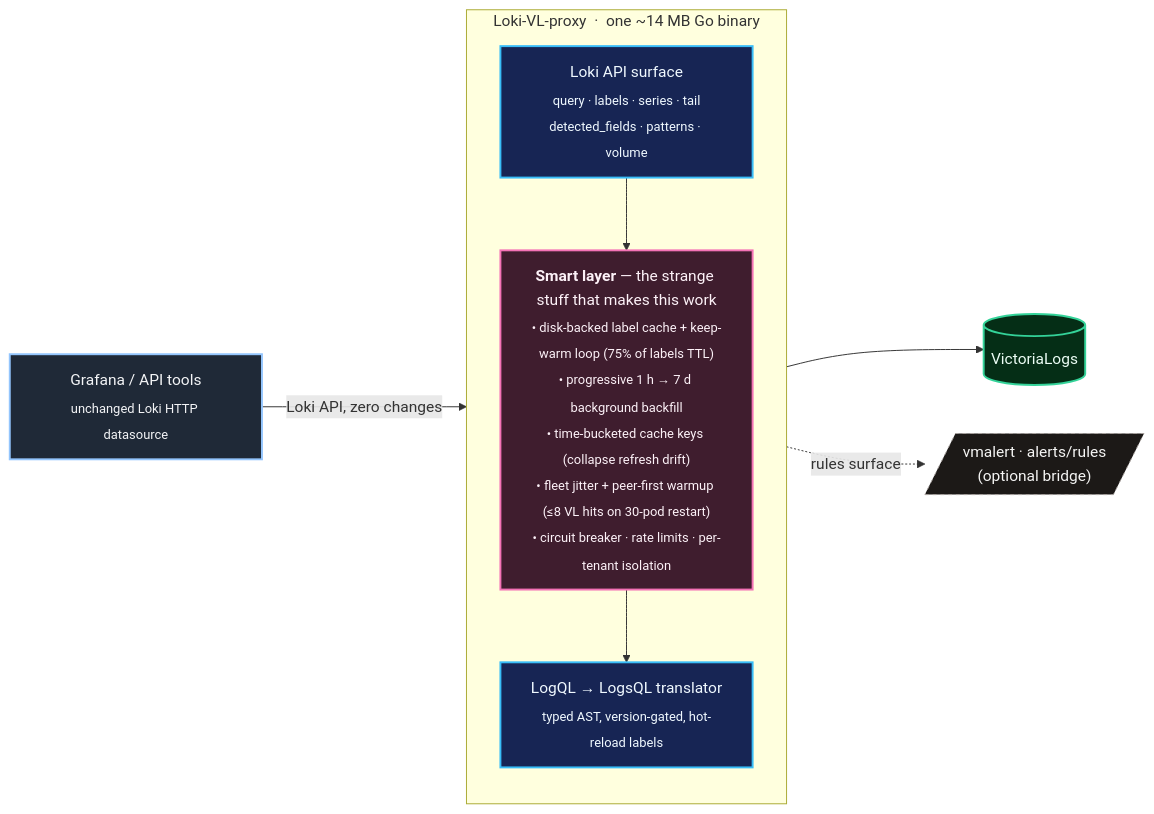
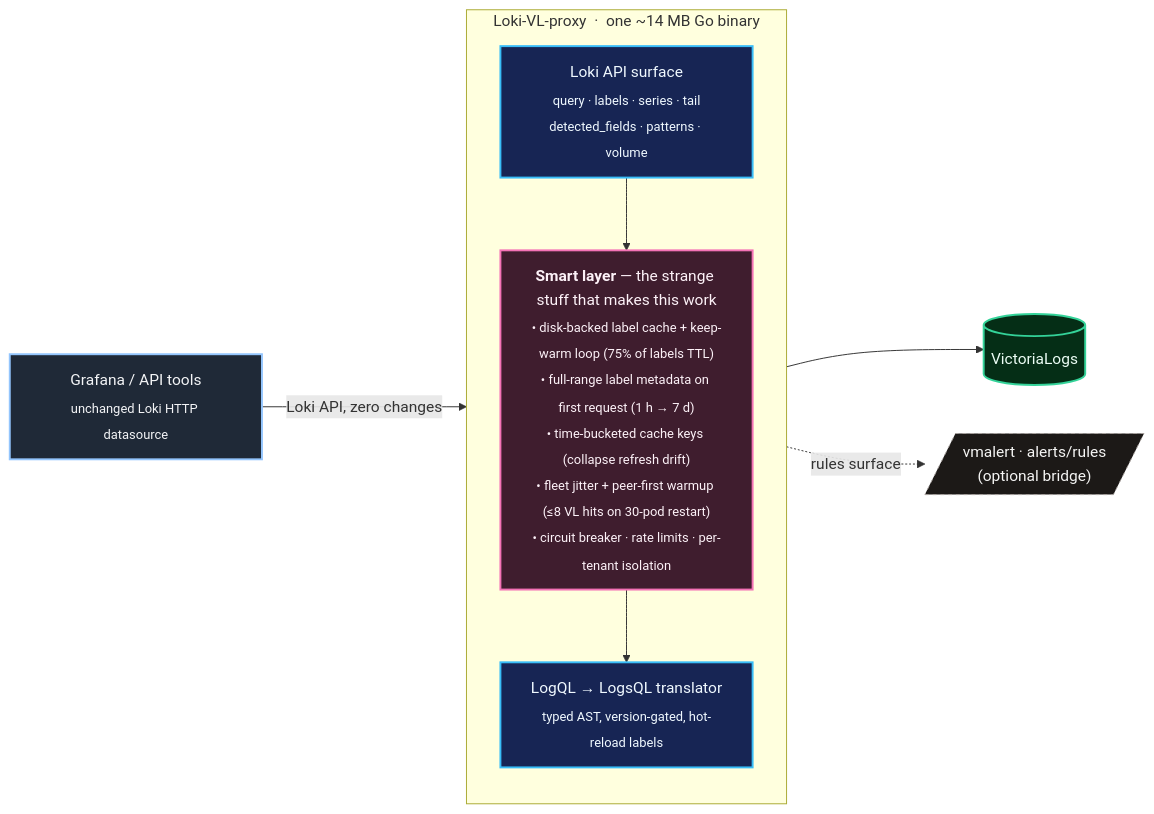
One commit to ReliablyObserve/loki-vl-proxy changed the diagram in README.md. Above: the diagram before and after it, drawn with Mermaid. The commit also changed other lines of this file and 30 other files, not shown here.

Commit message:
fix: return label names and values for the full requested range (#542)

````diff
--- a/README.md
+++ b/README.md
@@ -274,30 +274,30 @@
 ```mermaid
 flowchart LR
     G["Grafana / API tools<br/><sub>unchanged Loki HTTP datasource</sub>"]
 
     subgraph Proxy["Loki-VL-proxy &nbsp;·&nbsp; one ~14 MB Go binary"]
         direction TB
         API["Loki API surface<br/><sub>query · labels · series · tail<br/>detected_fields · patterns · volume</sub>"]
-        SMART["<b>Smart layer</b> — the strange stuff that makes this work<br/><sub>• disk-backed label cache + keep-warm loop (75% of labels TTL)<br/>• progressive 1 h → 7 d background backfill<br/>• time-bucketed cache keys (collapse refresh drift)<br/>• fleet jitter + peer-first warmup (≤8 VL hits on 30-pod restart)<br/>• circuit breaker · rate limits · per-tenant isolation</sub>"]
+        SMART["<b>Smart layer</b> — the strange stuff that makes this work<br/><sub>• disk-backed label cache + keep-warm loop (75% of labels TTL)<br/>• full-range label metadata on first request (1 h → 7 d)<br/>• time-bucketed cache keys (collapse refresh drift)<br/>• fleet jitter + peer-first warmup (≤8 VL hits on 30-pod restart)<br/>• circuit breaker · rate limits · per-tenant isolation</sub>"]
         XLATE["LogQL → LogsQL translator<br/><sub>typed AST, version-gated, hot-reload labels</sub>"]
     end
 
     VL[("VictoriaLogs")]
     VMA[/"vmalert · alerts/rules<br/>(optional bridge)"/]
 
     G -->|"Loki API, zero changes"| API
     API --> SMART --> XLATE --> VL
     SMART -. "rules surface" .-> VMA
 
     classDef client fill:#1f2937,stroke:#93c5fd,color:#f3f4f6,stroke-width:2px;
     classDef proxy fill:#172554,stroke:#38bdf8,color:#f0f9ff,stroke-width:2px;
     classDef smart fill:#3f1d2e,stroke:#f472b6,color:#fdf2f8,stroke-width:2px;
     classDef backend fill:#052e16,stroke:#34d399,color:#ecfdf5,stroke-width:2px;
     classDef opt fill:#1c1917,stroke:#a8a29e,color:#f5f5f4,stroke-width:1px,stroke-dasharray:4 4;
 
     class G client;
     class API,XLATE proxy;
     class SMART smart;
     class VL backend;
     class VMA opt;
 ```
````
